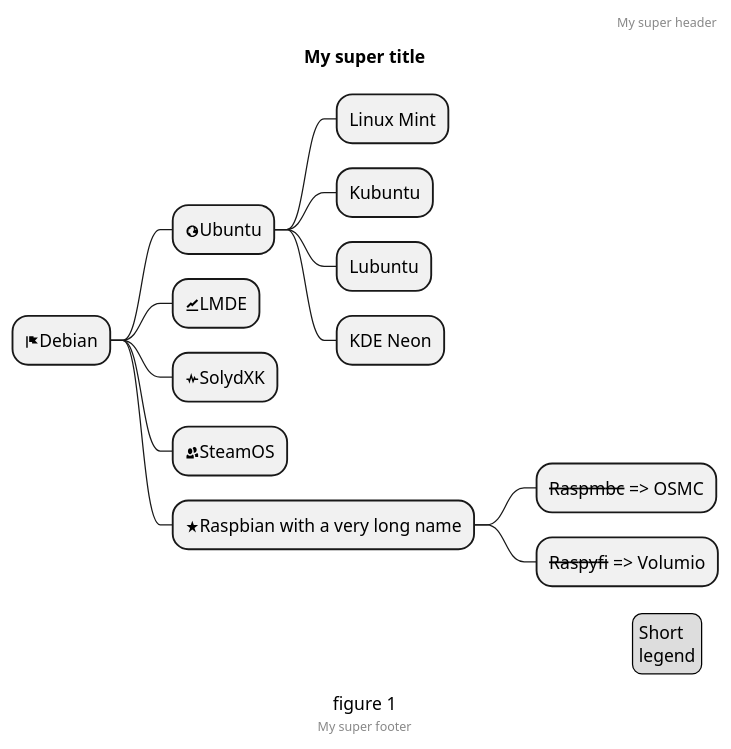
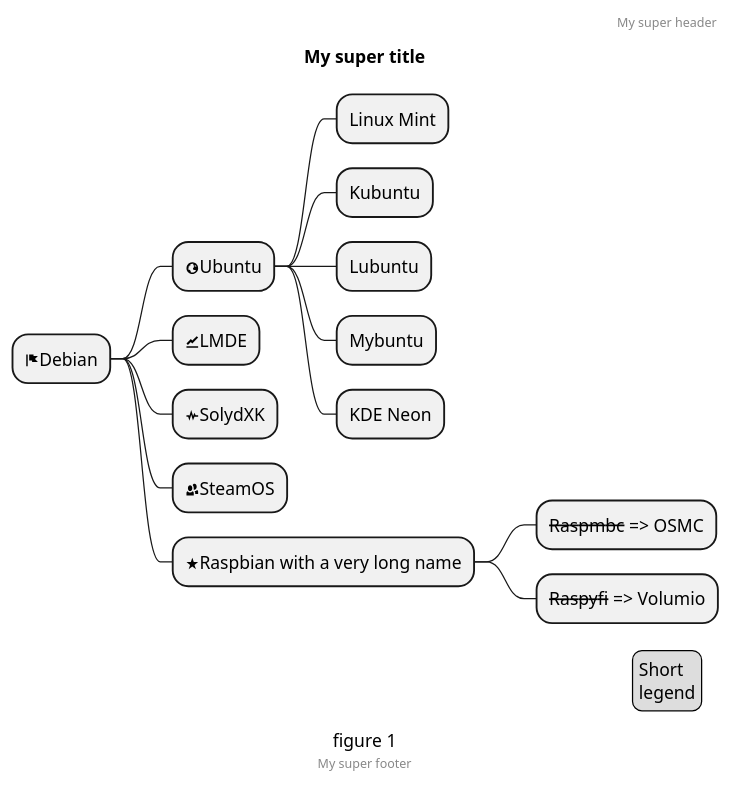
One commit to Stanyslav25/Plant_Uml_VCS changed the diagram in Diagram/MindMapTest.puml. Above: the diagram before and after it, drawn with PlantUML.

Commit message:
Update second if block text

```diff
--- a/Diagram/MindMapTest.puml
+++ b/Diagram/MindMapTest.puml
@@ -1,30 +1,31 @@
 @startmindmap
 'https://plantuml.com/mindmap-diagram
 
 caption figure 1
 title My super title
 
 * <&flag>Debian
 ** <&globe>Ubuntu
 *** Linux Mint
 *** Kubuntu
 *** Lubuntu
+*** Mybuntu
 *** KDE Neon
 ** <&graph>LMDE
 ** <&pulse>SolydXK
 ** <&people>SteamOS
 ** <&star>Raspbian with a very long name
 *** <s>Raspmbc</s> => OSMC
 *** <s>Raspyfi</s> => Volumio
 
 header
 My super header
 endheader
 
 center footer My super footer
 
 legend right
   Short
   legend
 endlegend
 @endmindmap
```
